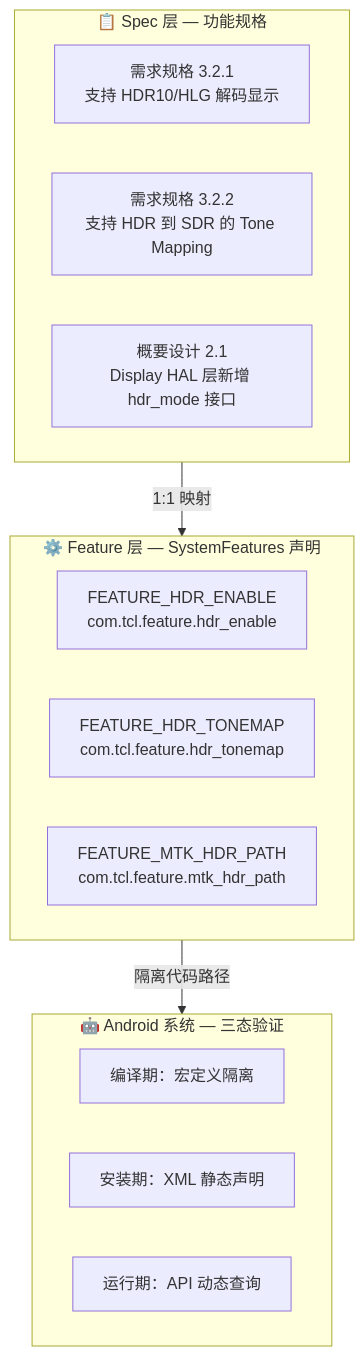
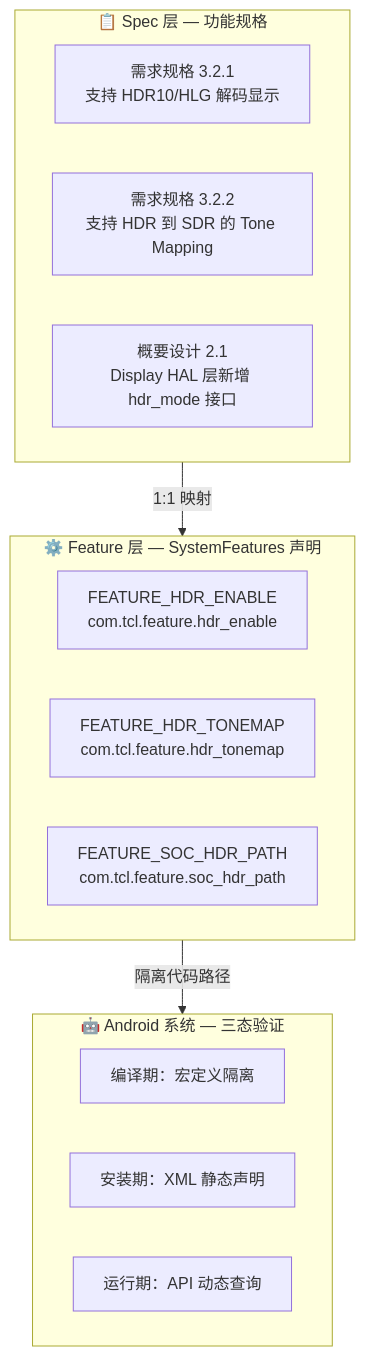
One commit to liuzidong123/harness-adk changed the second of 28 diagrams in feature_spec_knowledge.md. Above: the diagram before and after it, drawn with Mermaid. The commit also changed other lines of this file, not shown here.

````diff
--- a/feature_spec_knowledge.md
+++ b/feature_spec_knowledge.md
@@ -116,23 +116,23 @@
 ```mermaid
 flowchart TB
     subgraph Spec["📋 Spec 层 — 功能规格"]
         S1["需求规格 3.2.1<br/>支持 HDR10/HLG 解码显示"]
         S2["需求规格 3.2.2<br/>支持 HDR 到 SDR 的 Tone Mapping"]
         S3["概要设计 2.1<br/>Display HAL 层新增 hdr_mode 接口"]
     end
 
     subgraph Feature["⚙️ Feature 层 — SystemFeatures 声明"]
         F1["FEATURE_HDR_ENABLE<br/>com.tcl.feature.hdr_enable"]
         F2["FEATURE_HDR_TONEMAP<br/>com.tcl.feature.hdr_tonemap"]
-        F3["FEATURE_MTK_HDR_PATH<br/>com.tcl.feature.mtk_hdr_path"]
+        F3["FEATURE_SOC_HDR_PATH<br/>com.tcl.feature.soc_hdr_path"]
     end
 
     subgraph Android["🤖 Android 系统 — 三态验证"]
         A1["编译期：宏定义隔离"]
         A2["安装期：XML 静态声明"]
         A3["运行期：API 动态查询"]
     end
 
     Spec -->|1:1 映射| Feature
     Feature -->|隔离代码路径| Android
 ```
````
